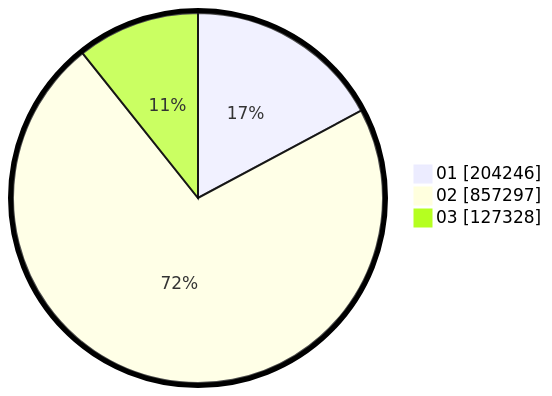
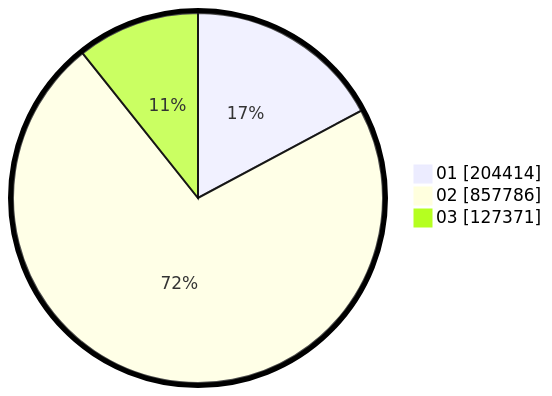
One commit to gigit-pemilu/pemilu-2024 changed the second of 2 diagrams in pilpres/hitung-suara/sub/table-wilayah-62.md. Above: the diagram before and after it, drawn with Mermaid. The commit also changed other lines of this file and 5 other files, not shown here.

````diff
--- a/pilpres/hitung-suara/sub/table-wilayah-62.md
+++ b/pilpres/hitung-suara/sub/table-wilayah-62.md
@@ -15,7 +15,7 @@
 ```mermaid
 %%{init: {"pie": {"textPosition": 0.5}, "themeVariables": {"pieOuterStrokeWidth": "5px"}} }%%
 pie showData
-    "01" : 204246
-    "02" : 857297
-    "03" : 127328
+    "01" : 204414
+    "02" : 857786
+    "03" : 127371
 ```
````
